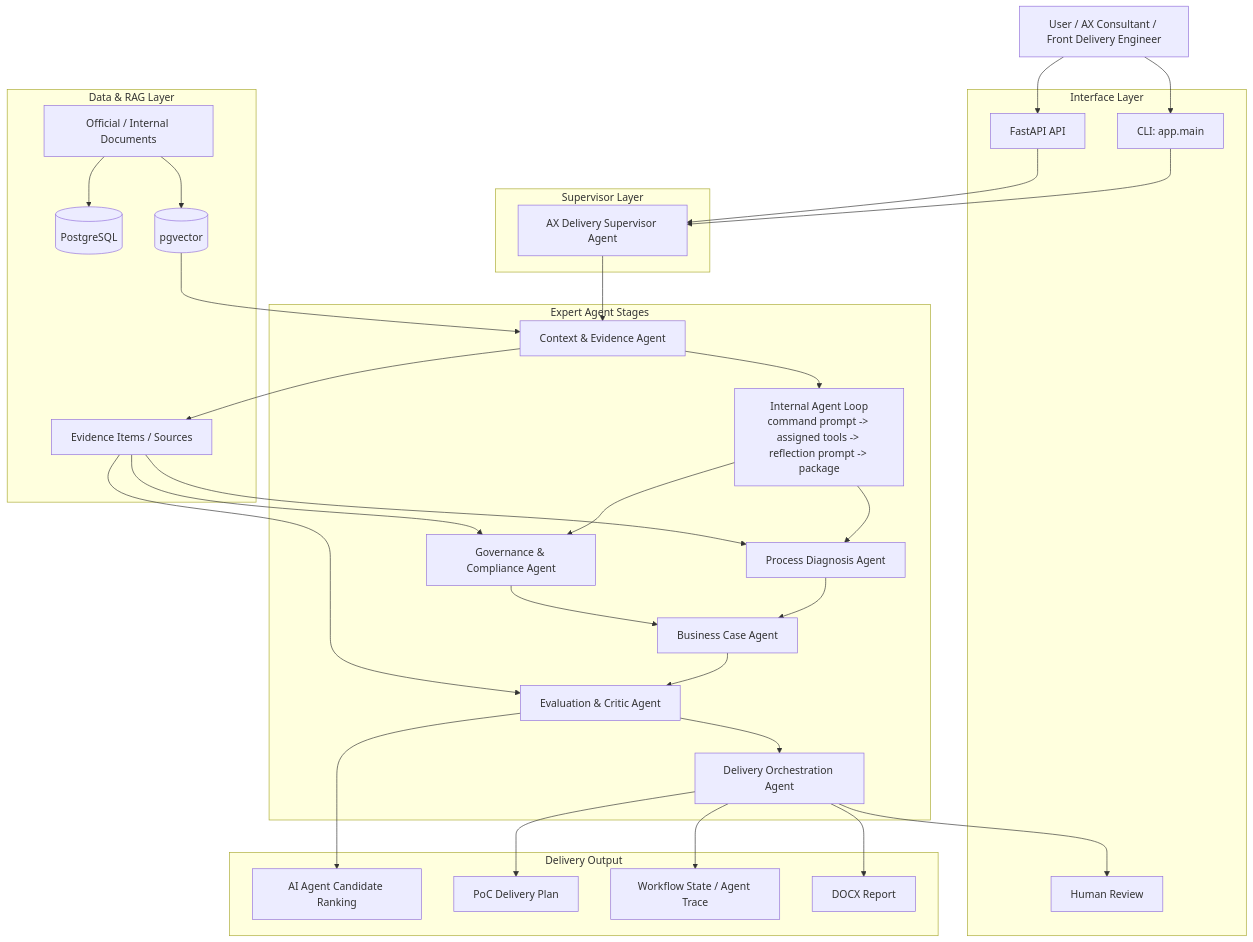
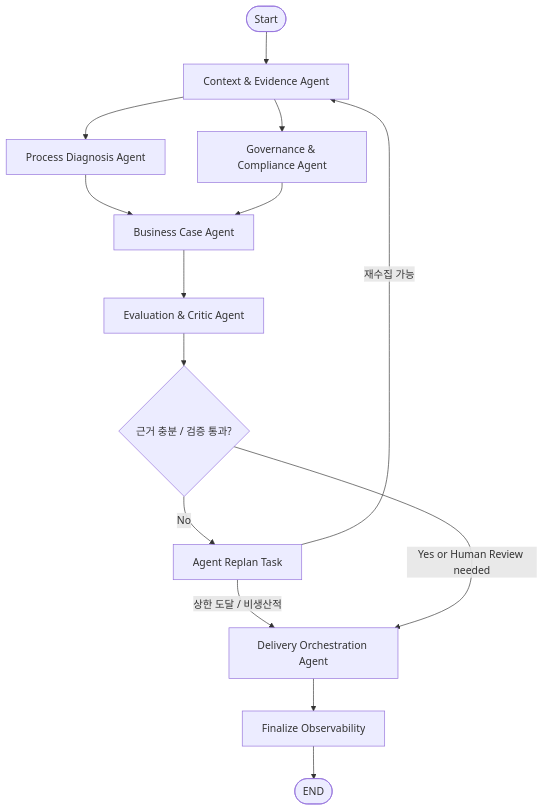
One commit to ohjaesik/AI_Agent changed the second of 2 diagrams in README.md. Above: the diagram before and after it, drawn with Mermaid. The commit also changed other lines of this file, not shown here.

Commit message:
docs: align README with current supervisor agent runtime

````diff
--- a/README.md
+++ b/README.md
@@ -341,63 +248,16 @@
 ```mermaid
-flowchart TB
-    User[User / AX Consultant / Front Delivery Engineer]
-
-    subgraph Interface[Interface Layer]
-        CLI[CLI: app.main]
-        API[FastAPI API]
-        Review[Human Review]
-    end
-
-    subgraph Supervisor[Supervisor Layer]
-        Sup[AX Delivery Supervisor Agent]
-    end
-
-    subgraph Agents[Expert Agent Stages]
-        C[Context & Evidence Agent]
-        P[Process Diagnosis Agent]
-        G[Governance & Compliance Agent]
-        B[Business Case Agent]
-        E[Evaluation & Critic Agent]
-        D[Delivery Orchestration Agent]
-        Loop[Internal Agent Loop\ncommand prompt -> assigned tools -> reflection prompt -> package]
-    end
-
-    subgraph Data[Data & RAG Layer]
-        PG[(PostgreSQL)]
-        Vec[(pgvector)]
-        Docs[Official / Internal Documents]
-        Evidence[Evidence Items / Sources]
-    end
-
-    subgraph Output[Delivery Output]
-        Ranking[AI Agent Candidate Ranking]
-        PoC[PoC Delivery Plan]
-        Trace[Workflow State / Agent Trace]
-        Report[DOCX Report]
-    end
-
-    User --> CLI
-    User --> API
-    CLI --> Sup
-    API --> Sup
-    Sup --> C
-    C --> Loop
-    Loop --> P
-    Loop --> G
-    P --> B
+flowchart TD
+    START([Start]) --> C[Context & Evidence Agent]
+    C --> P[Process Diagnosis Agent]
+    C --> G[Governance & Compliance Agent]
+    P --> B[Business Case Agent]
     G --> B
-    B --> E
-    E --> D
-    D --> Review
-    D --> PoC
-    D --> Report
-    D --> Trace
-    Docs --> PG
-    Docs --> Vec
-    Vec --> C
-    C --> Evidence
-    Evidence --> P
-    Evidence --> G
-    Evidence --> E
-    E --> Ranking
+    B --> E[Evaluation & Critic Agent]
+    E --> Q{근거 충분 / 검증 통과?}
+    Q -->|No| R[Agent Replan Task]
+    R -->|재수집 가능| C
+    R -->|상한 도달 / 비생산적| D[Delivery Orchestration Agent]
+    Q -->|Yes or Human Review needed| D
+    D --> F[Finalize Observability]
+    F --> END([END])
 ```
````
